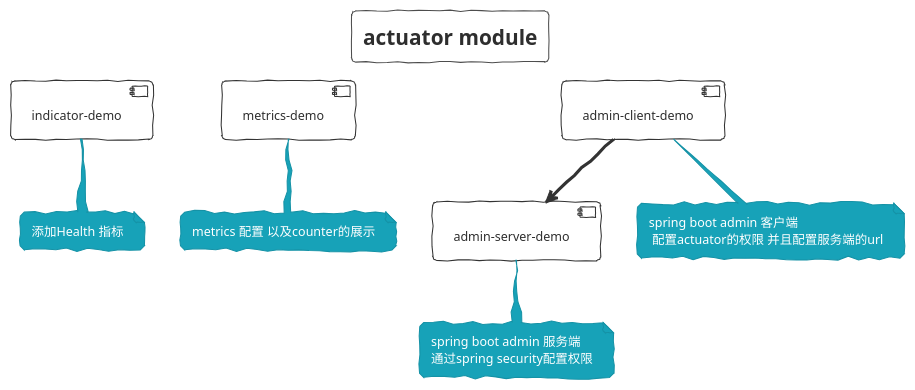
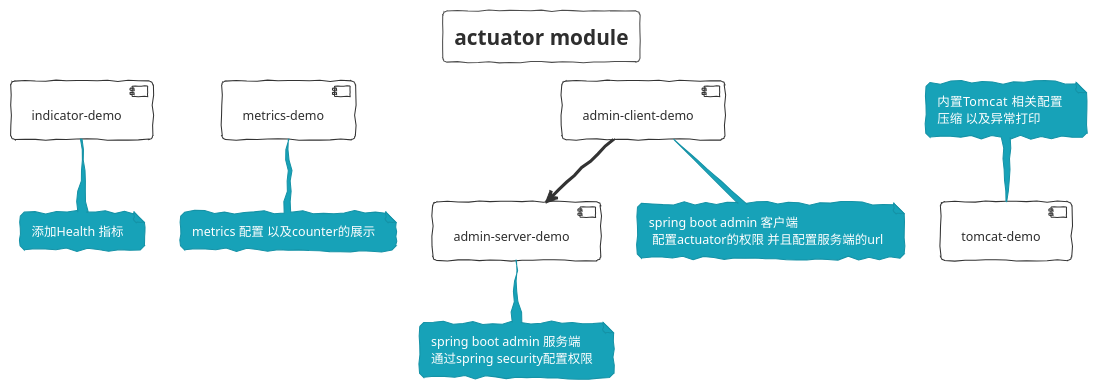
Before and after one commit to FantasybabyChange/springStudyProject: the diagram in spring-boot-actuator/Module.puml, drawn with PlantUML. The commit also changed 25 other files, not shown here.

Commit message:
add tomcat demo

```diff
--- a/spring-boot-actuator/Module.puml
+++ b/spring-boot-actuator/Module.puml
@@ -1,24 +1,29 @@
 @startuml ACTUATOR_MODULE
 !theme sketchy-outline
 title actuator module
 [indicator-demo] as id
 [metrics-demo] as md
 [admin-server-demo] as asd
 [admin-client-demo] as acd
+[tomcat-demo] as td
 note bottom of id
     添加Health 指标
 end note
 
 note bottom of md
   metrics 配置 以及counter的展示
 end note
 note bottom of asd
  spring boot admin 服务端
  通过spring security配置权限
 end note
 note bottom of acd
 spring boot admin 客户端
  配置actuator的权限 并且配置服务端的url
 end note
 acd -->asd
+note top of td
+内置Tomcat  相关配置 
+压缩 以及异常打印
+end note
 @enduml
```
